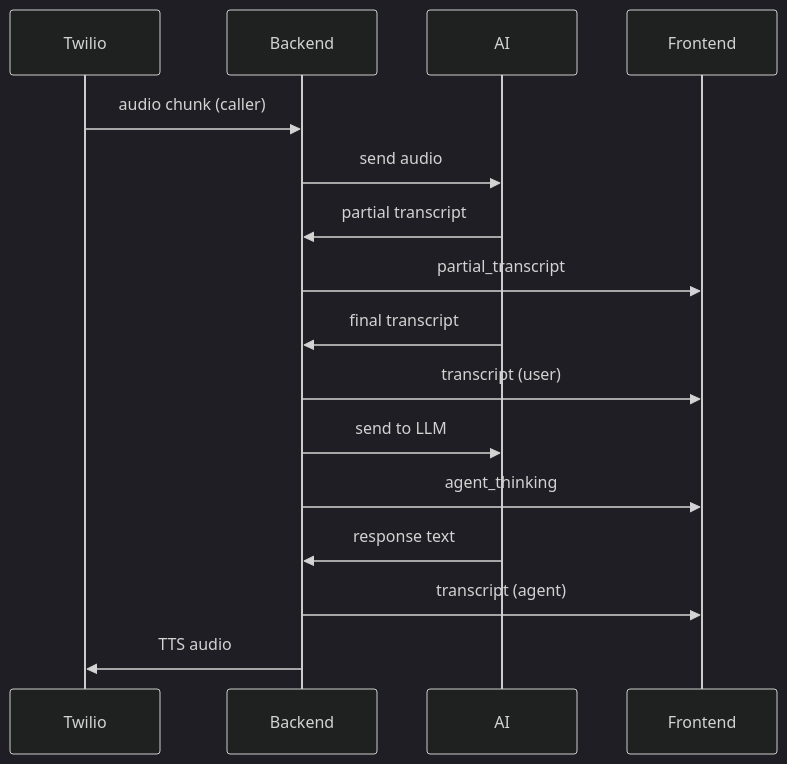
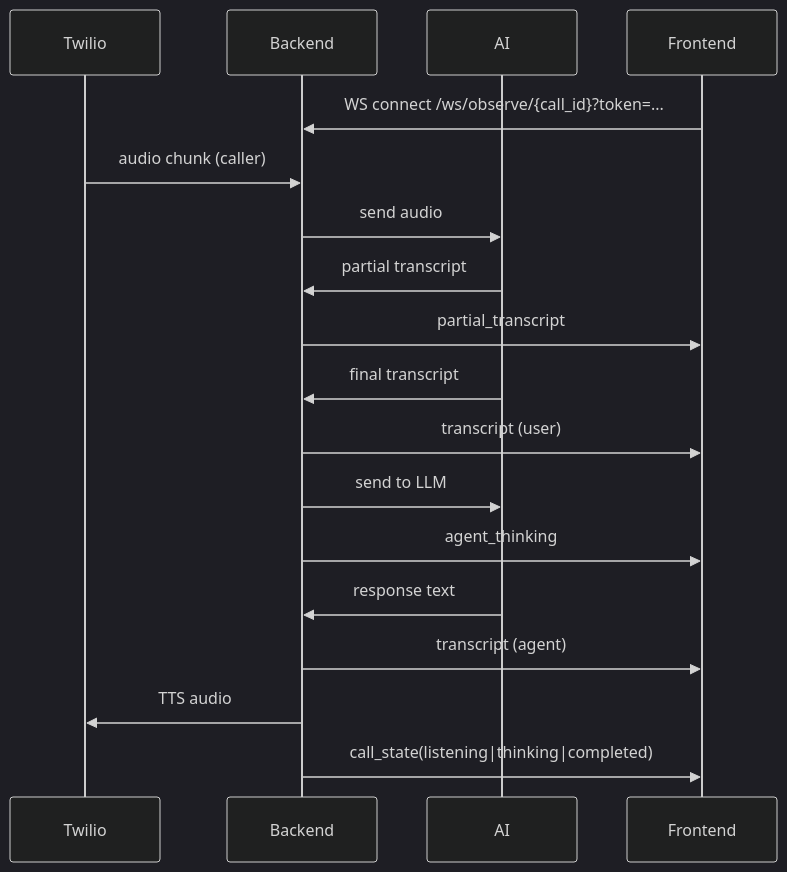
One commit to OceanStar88/Sagent changed the third of 15 diagrams in docs/7__Sequence-Interaction-Design.md. Above: the diagram before and after it, drawn with Mermaid (dark theme). The commit also changed other lines of this file and 181 other files, not shown here.

````diff
--- a/docs/7__Sequence-Interaction-Design.md
+++ b/docs/7__Sequence-Interaction-Design.md
@@ -75,25 +77,27 @@
 ```mermaid
 sequenceDiagram
     participant Twilio
     participant Backend
     participant AI
     participant Frontend
 
+    Frontend->>Backend: WS connect /ws/observe/{call_id}?token=...
     Twilio->>Backend: audio chunk (caller)
 
     Backend->>AI: send audio
     AI->>Backend: partial transcript
 
     Backend->>Frontend: partial_transcript
 
     AI->>Backend: final transcript
     Backend->>Frontend: transcript (user)
 
     Backend->>AI: send to LLM
     Backend->>Frontend: agent_thinking
 
     AI->>Backend: response text
     Backend->>Frontend: transcript (agent)
 
     Backend->>Twilio: TTS audio
+    Backend->>Frontend: call_state(listening|thinking|completed)
 ```
````
